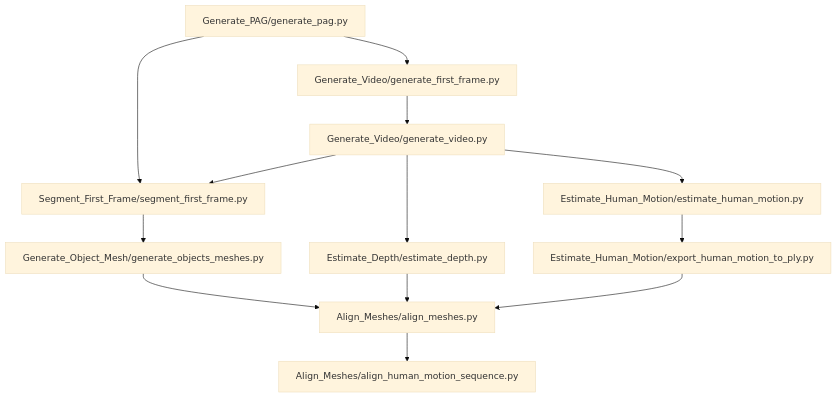
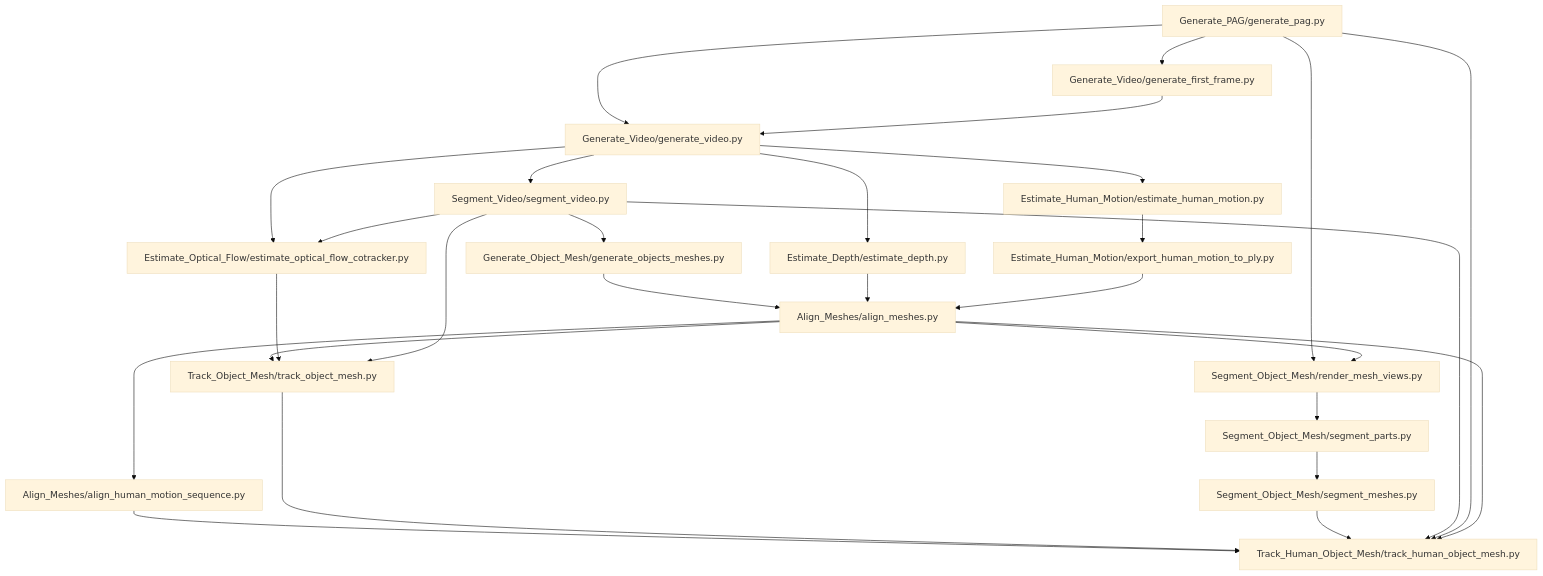
One commit to mumerabbasi/4DHOI changed the diagram in README.md. Above: the diagram before and after it, drawn with Mermaid (base theme). The commit also changed other lines of this file and 22 other files, not shown here.

````diff
--- a/README.md
+++ b/README.md
@@ -7,19 +36,36 @@
 ```mermaid
 flowchart TD
     A[Generate_PAG/generate_pag.py] --> B[Generate_Video/generate_first_frame.py]
-    B --> C[Generate_Video/generate_video.py]
+    A --> C[Generate_Video/generate_video.py]
+    B --> C
 
-    A --> D[Segment_First_Frame/segment_first_frame.py]
-    C --> D
+    C --> D[Segment_Video/segment_video.py]
     D --> E[Generate_Object_Mesh/generate_objects_meshes.py]
 
     C --> F[Estimate_Depth/estimate_depth.py]
     C --> G[Estimate_Human_Motion/estimate_human_motion.py]
     G --> H[Estimate_Human_Motion/export_human_motion_to_ply.py]
 
     E --> I[Align_Meshes/align_meshes.py]
     F --> I
     H --> I
+    I --> J[Align_Meshes/align_human_motion_sequence.py]
 
-    I --> J[Align_Meshes/align_human_motion_sequence.py]
+    A --> K[Segment_Object_Mesh/render_mesh_views.py]
+    I --> K
+    K --> L[Segment_Object_Mesh/segment_parts.py]
+    L --> M[Segment_Object_Mesh/segment_meshes.py]
+
+    C --> N[Estimate_Optical_Flow/estimate_optical_flow_cotracker.py]
+    D --> N
+    I --> O[Track_Object_Mesh/track_object_mesh.py]
+    N --> O
+    D --> O
+
+    J --> P[Track_Human_Object_Mesh/track_human_object_mesh.py]
+    O --> P
+    M --> P
+    D --> P
+    A --> P
+    I --> P
 ```
````
